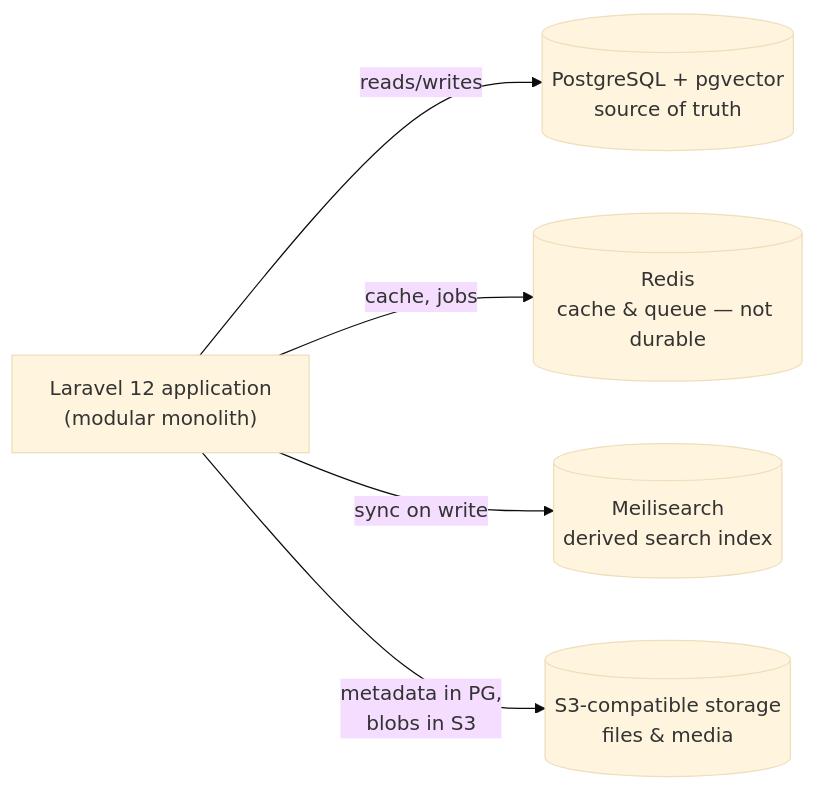
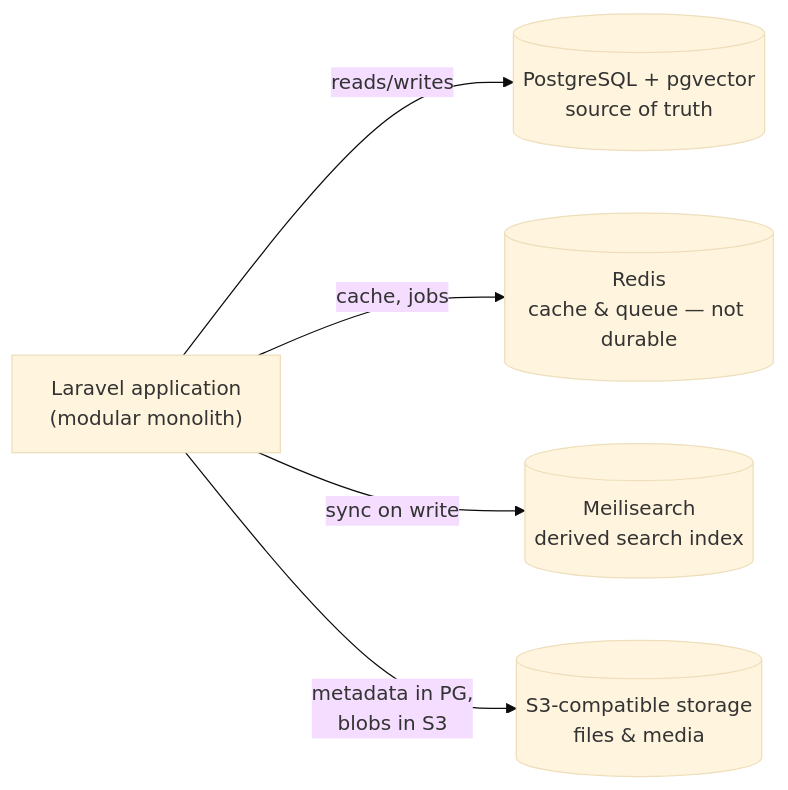
The diagram in lumora-docs/docs/09-database-architecture/index.md (madhanrao19/LumoraHQ), drawn with Mermaid (base theme) before and after one commit. The commit also changed 6 other files, not shown here.

````diff
--- a/lumora-docs/docs/09-database-architecture/index.md
+++ b/lumora-docs/docs/09-database-architecture/index.md
@@ -17,13 +17,13 @@
 ```mermaid
 flowchart LR
-    App["Laravel 12 application<br/>(modular monolith)"]
+    App["Laravel application<br/>(modular monolith)"]
     PG[("PostgreSQL + pgvector<br/>source of truth")]
     Redis[("Redis<br/>cache & queue — not durable")]
     Meili[("Meilisearch<br/>derived search index")]
     S3[("S3-compatible storage<br/>files & media")]
 
     App -->|reads/writes| PG
     App -->|cache, jobs| Redis
     App -->|sync on write| Meili
     App -->|metadata in PG,<br/>blobs in S3| S3
 ```
````
